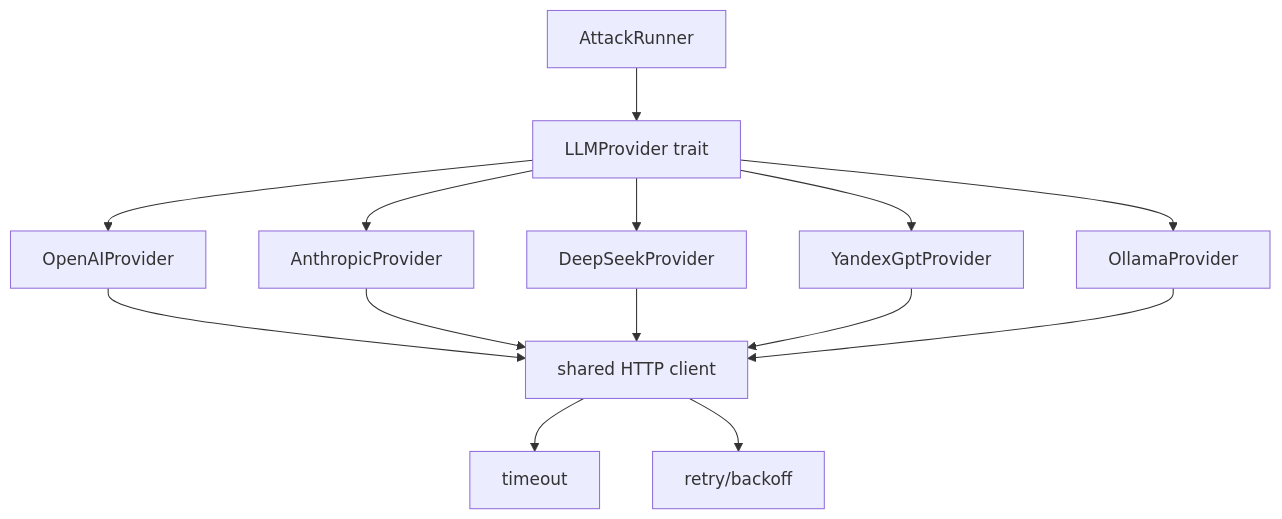
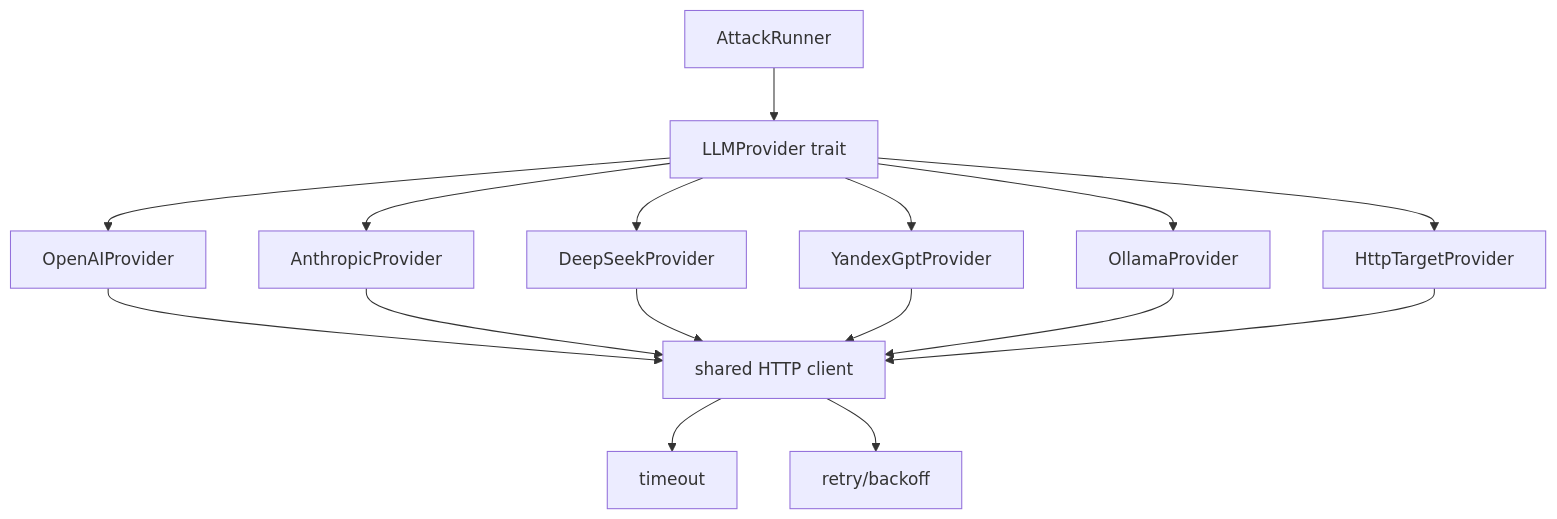
One commit to murza4ok/AI-security-test changed the fifth of 9 diagrams in Architecture.md. Above: the diagram before and after it, drawn with Mermaid. The commit also changed other lines of this file and 14 other files, not shown here.

Commit message:
http: add external web target client

````diff
--- a/Architecture.md
+++ b/Architecture.md
@@ -229,18 +238,20 @@
 ```mermaid
 flowchart TD
     A["AttackRunner"] --> B["LLMProvider trait"]
     B --> C1["OpenAIProvider"]
     B --> C2["AnthropicProvider"]
     B --> C3["DeepSeekProvider"]
     B --> C4["YandexGptProvider"]
     B --> C5["OllamaProvider"]
+    B --> C6["HttpTargetProvider"]
 
     C1 --> D["shared HTTP client"]
     C2 --> D
     C3 --> D
     C4 --> D
     C5 --> D
+    C6 --> D
 
     D --> E["timeout"]
     D --> F["retry/backoff"]
 ```
````
